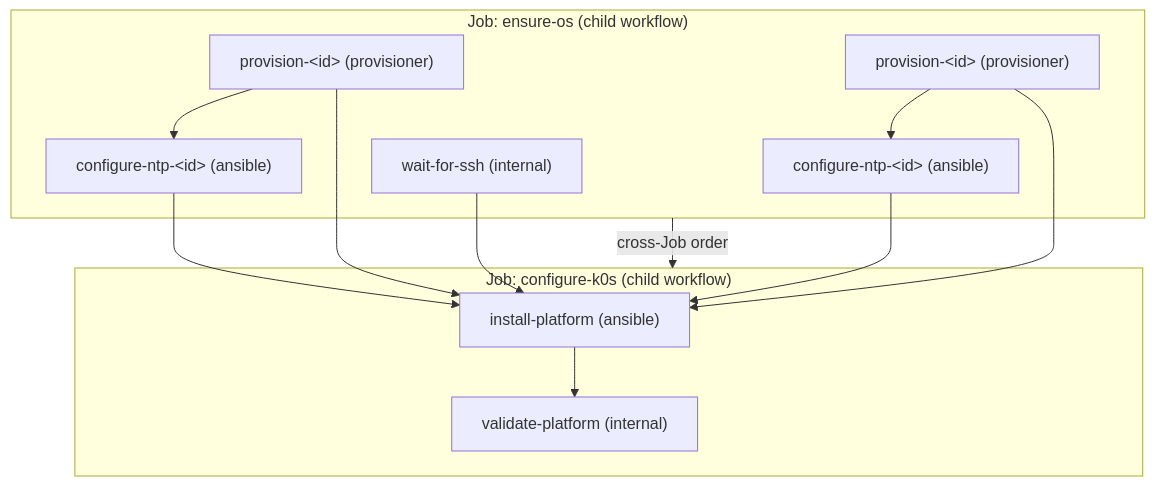
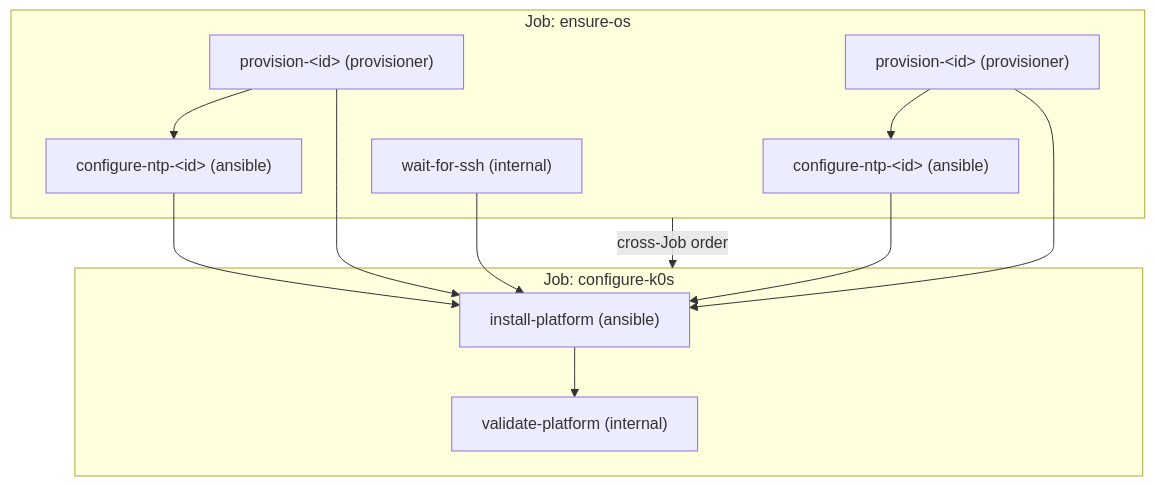
One commit to maple52046/swallow changed the diagram in docs/development/platform-deployment.md. Above: the diagram before and after it, drawn with Mermaid. The commit also changed other lines of this file and 25 other files, not shown here.

````diff
--- a/docs/development/platform-deployment.md
+++ b/docs/development/platform-deployment.md
@@ -126,23 +127,23 @@
 ```mermaid
 flowchart TB
-    subgraph ensure["Job: ensure-os (child workflow)"]
+    subgraph ensure["Job: ensure-os"]
         p1["provision-&lt;id&gt; (provisioner)"]
         p2["provision-&lt;id&gt; (provisioner)"]
         n1["configure-ntp-&lt;id&gt; (ansible)"]
         n2["configure-ntp-&lt;id&gt; (ansible)"]
         w["wait-for-ssh (internal)"]
     end
-    subgraph configure["Job: configure-k0s (child workflow)"]
+    subgraph configure["Job: configure-k0s"]
         inst["install-platform (ansible)"]
         val["validate-platform (internal)"]
     end
     p1 --> n1
     p2 --> n2
     p1 --> inst
     p2 --> inst
     n1 --> inst
     n2 --> inst
     w --> inst
     inst --> val
     ensure -->|cross-Job order| configure
 ```
````
